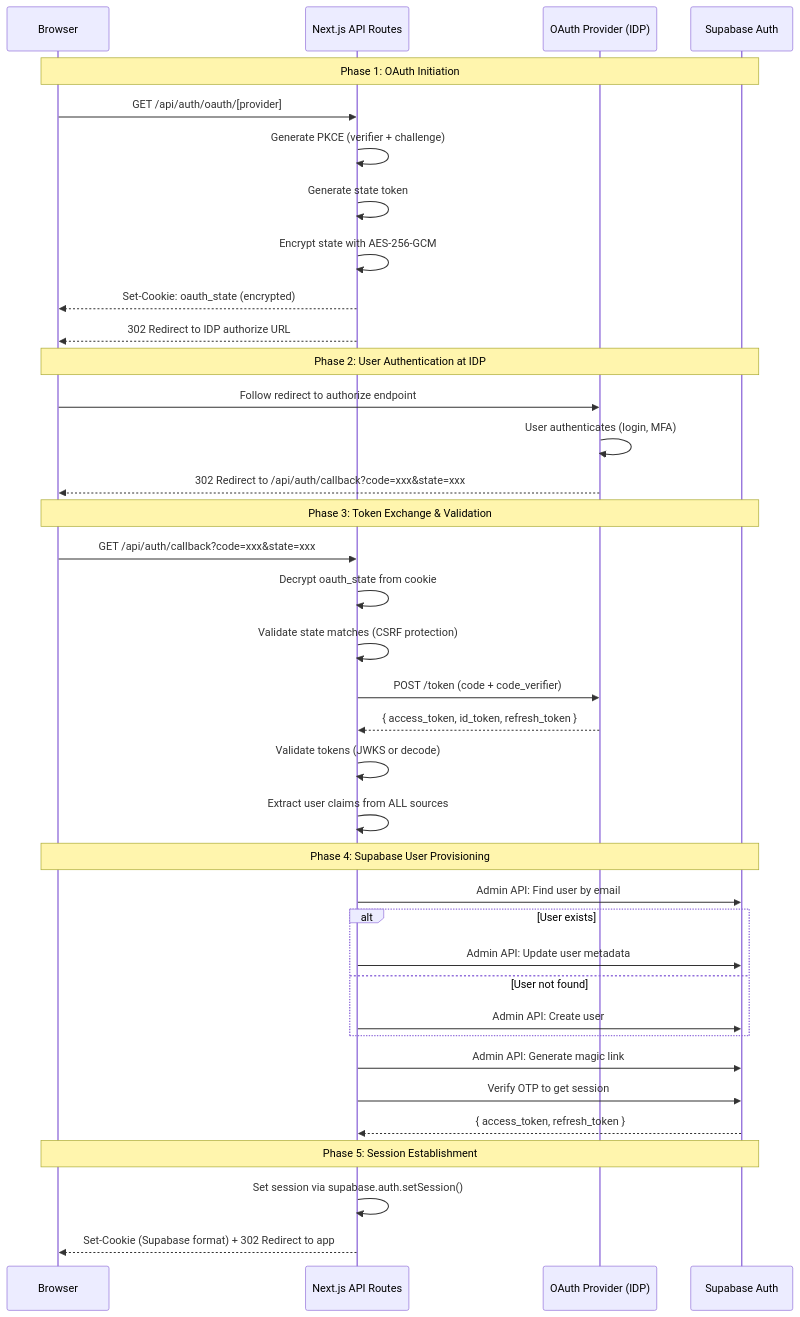
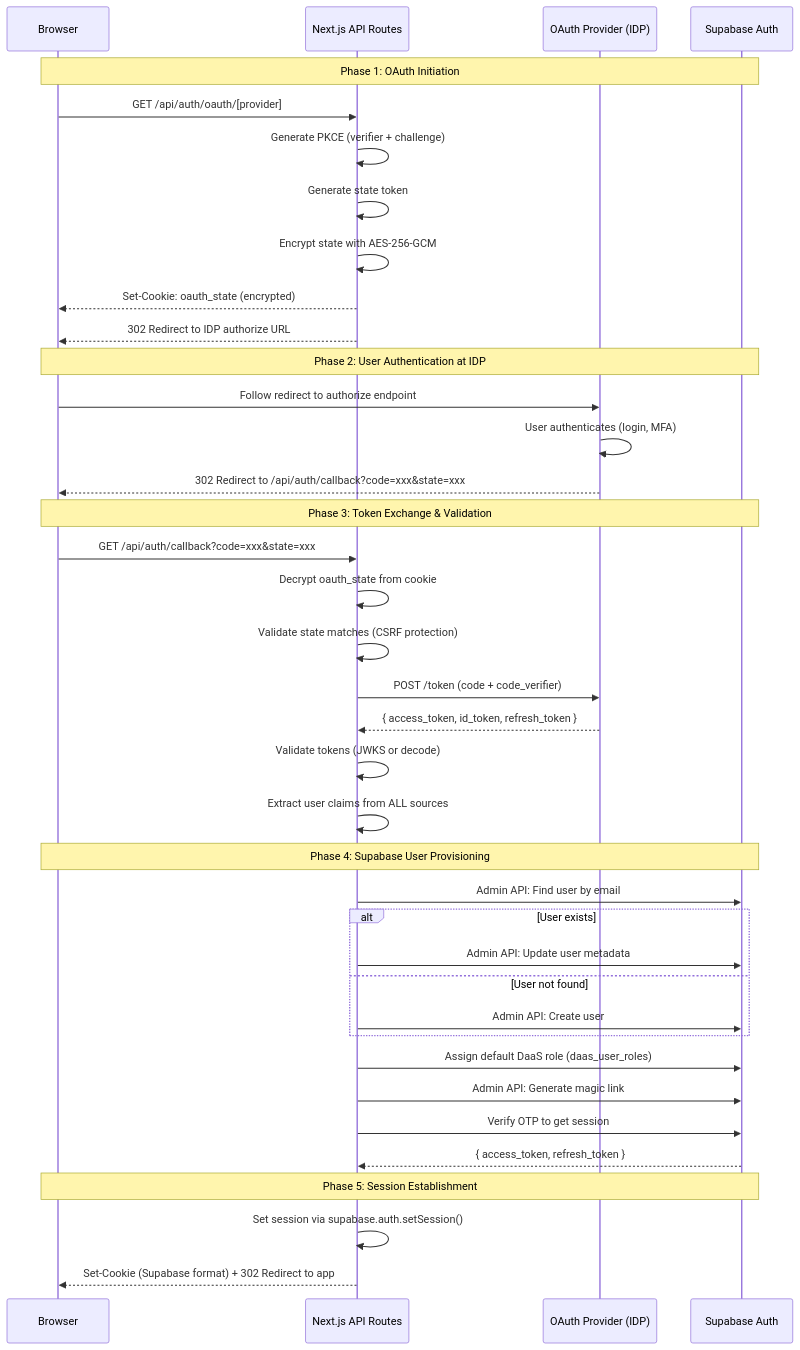
Before and after one commit to buildpad-ai/skills: the diagram in add-external-oauth/SKILL.md, drawn with Mermaid. The commit also changed other lines of this file and 14 other files, not shown here.

````diff
--- a/add-external-oauth/SKILL.md
+++ b/add-external-oauth/SKILL.md
@@ -21,44 +37,45 @@
 ```mermaid
 sequenceDiagram
     participant Browser
     participant NextJS as Next.js API Routes
     participant IDP as OAuth Provider (IDP)
     participant Supabase as Supabase Auth
 
     Note over Browser,Supabase: Phase 1: OAuth Initiation
     Browser->>NextJS: GET /api/auth/oauth/[provider]
     NextJS->>NextJS: Generate PKCE (verifier + challenge)
     NextJS->>NextJS: Generate state token
     NextJS->>NextJS: Encrypt state with AES-256-GCM
     NextJS-->>Browser: Set-Cookie: oauth_state (encrypted)
     NextJS-->>Browser: 302 Redirect to IDP authorize URL
 
     Note over Browser,Supabase: Phase 2: User Authentication at IDP
     Browser->>IDP: Follow redirect to authorize endpoint
     IDP->>IDP: User authenticates (login, MFA)
     IDP-->>Browser: 302 Redirect to /api/auth/callback?code=xxx&state=xxx
 
     Note over Browser,Supabase: Phase 3: Token Exchange & Validation
     Browser->>NextJS: GET /api/auth/callback?code=xxx&state=xxx
     NextJS->>NextJS: Decrypt oauth_state from cookie
     NextJS->>NextJS: Validate state matches (CSRF protection)
     NextJS->>IDP: POST /token (code + code_verifier)
     IDP-->>NextJS: { access_token, id_token, refresh_token }
     NextJS->>NextJS: Validate tokens (JWKS or decode)
     NextJS->>NextJS: Extract user claims from ALL sources
 
     Note over Browser,Supabase: Phase 4: Supabase User Provisioning
     NextJS->>Supabase: Admin API: Find user by email
     alt User exists
         NextJS->>Supabase: Admin API: Update user metadata
     else User not found
         NextJS->>Supabase: Admin API: Create user
     end
+    NextJS->>Supabase: Assign default DaaS role (daas_user_roles)
     NextJS->>Supabase: Admin API: Generate magic link
     NextJS->>Supabase: Verify OTP to get session
     Supabase-->>NextJS: { access_token, refresh_token }
 
     Note over Browser,Supabase: Phase 5: Session Establishment
     NextJS->>NextJS: Set session via supabase.auth.setSession()
     NextJS-->>Browser: Set-Cookie (Supabase format) + 302 Redirect to app
 ```
````
